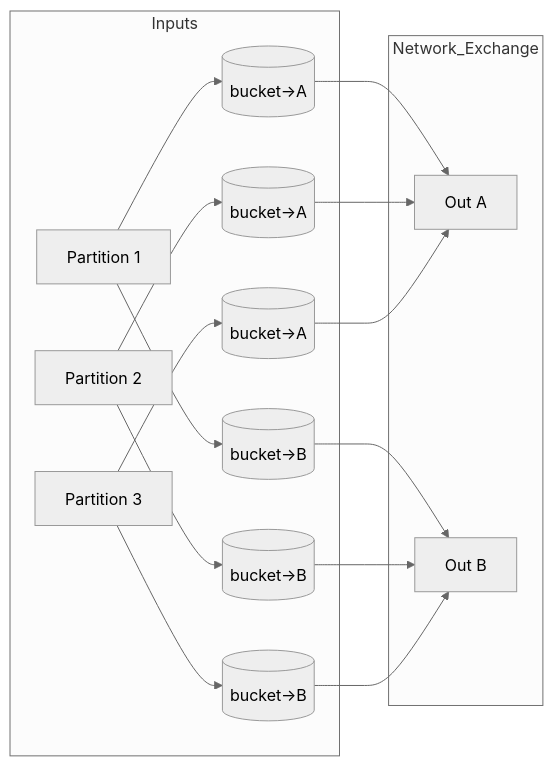
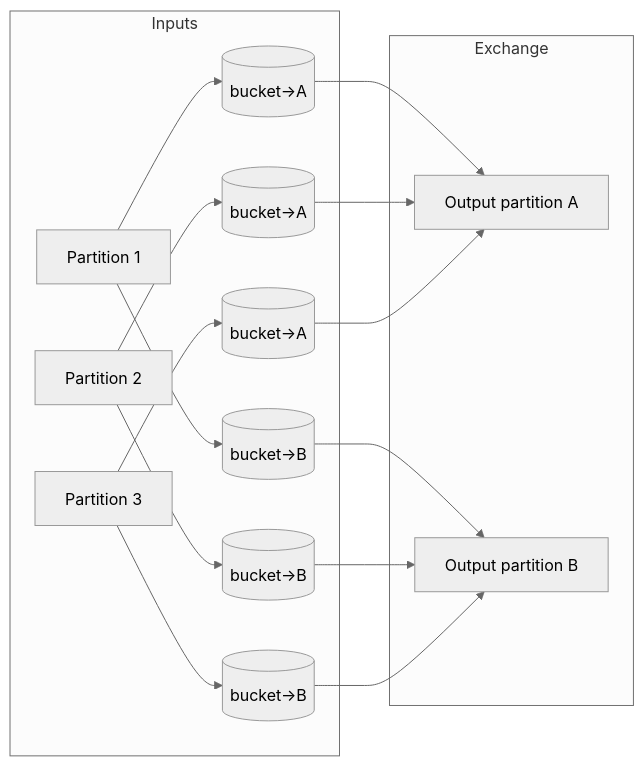
The diagram in M02.md (bijux/bijux-masterclass), drawn with Mermaid (neutral theme) before and after one commit. The commit also changed other lines of this file and 4 other files, not shown here.

`````diff
--- a/M02.md
+++ b/M02.md
@@ -61,20 +63,20 @@
 ```mermaid
 flowchart LR
   subgraph Inputs
     P1[Partition 1] --> B11[(bucket→A)]
     P1 --> B12[(bucket→B)]
     P2[Partition 2] --> B21[(bucket→A)]
     P2 --> B22[(bucket→B)]
     P3[Partition 3] --> B31[(bucket→A)]
     P3 --> B32[(bucket→B)]
   end
 
-  subgraph Network_Exchange
-    B11 --> OA[Out A]
+  subgraph Exchange
+    B11 --> OA[Output partition A]
     B21 --> OA
     B31 --> OA
-    B12 --> OB[Out B]
+    B12 --> OB[Output partition B]
     B22 --> OB
     B32 --> OB
   end
 ````
`````
